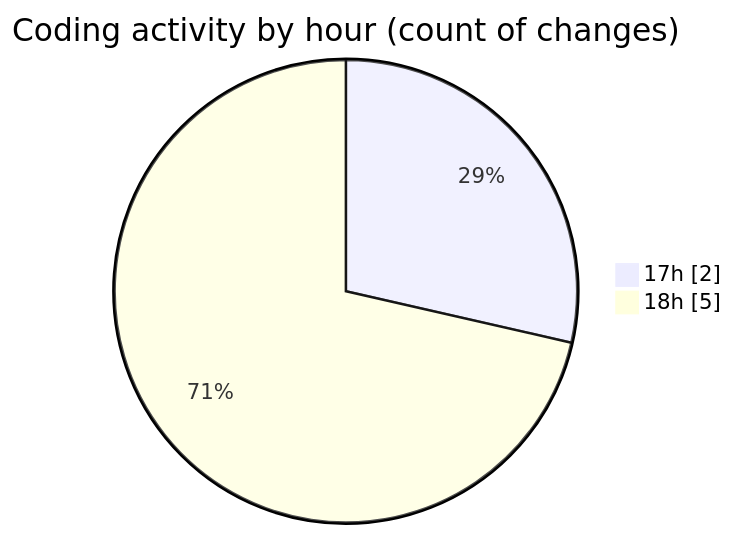
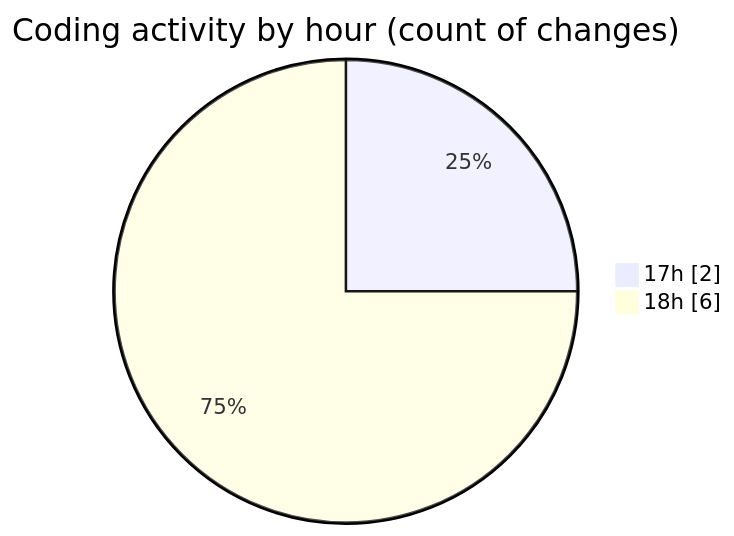
The second of 2 diagrams in 2025-08-06/pif/README.md (NitaiMahat/code-tracking), drawn with Mermaid before and after one commit. The commit also changed other lines of this file and 1 other file, not shown here.

````diff
--- a/2025-08-06/pif/README.md
+++ b/2025-08-06/pif/README.md
@@ -29,6 +29,6 @@
 ```mermaid
 pie showData
 title Coding activity by hour (count of changes)
 "17h" : 2
-"18h" : 5
+"18h" : 6
 ```
````
